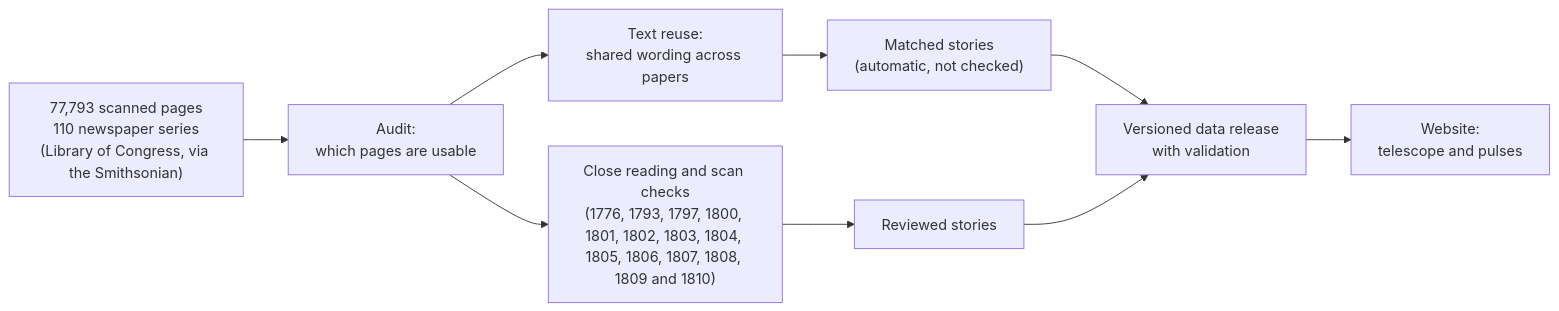
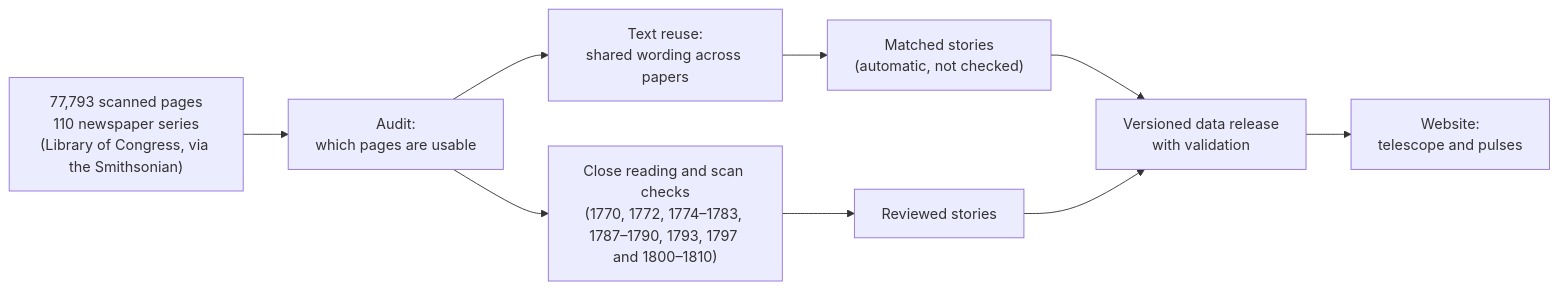
One commit to Major-Studio-1/Project-02-newspaper-night-sky changed the diagram in README.md. Above: the diagram before and after it, drawn with Mermaid. The commit also changed other lines of this file and 1799 other files, not shown here.

````diff
--- a/README.md
+++ b/README.md
@@ -39,10 +39,10 @@
 ```mermaid
 flowchart LR
   A["77,793 scanned pages<br/>110 newspaper series<br/>(Library of Congress, via the Smithsonian)"] --> B["Audit:<br/>which pages are usable"]
   B --> C["Text reuse:<br/>shared wording across papers"]
   C --> D["Matched stories<br/>(automatic, not checked)"]
-  B --> E["Close reading and scan checks<br/>(1776, 1793, 1797, 1800, 1801, 1802, 1803, 1804, 1805, 1806, 1807, 1808, 1809 and 1810)"]
+  B --> E["Close reading and scan checks<br/>(1770, 1772, 1774–1783, 1787–1790, 1793, 1797 and 1800–1810)"]
   E --> F["Reviewed stories"]
   D & F --> G["Versioned data release<br/>with validation"]
   G --> H["Website:<br/>telescope and pulses"]
 ```
````
